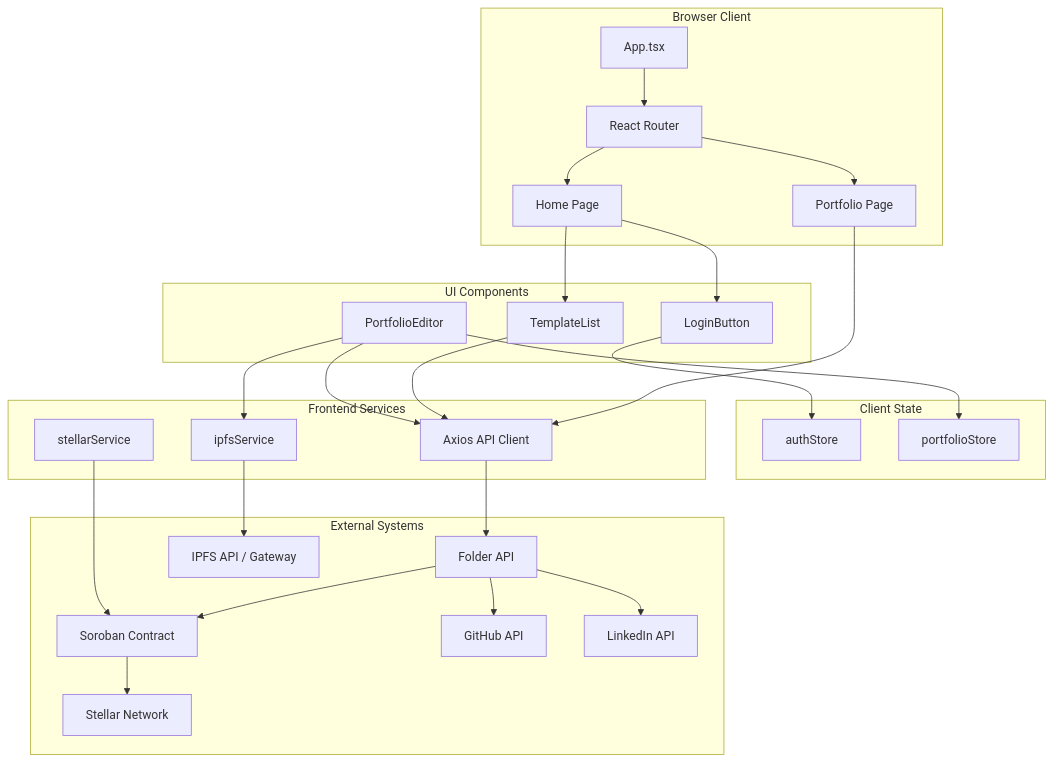
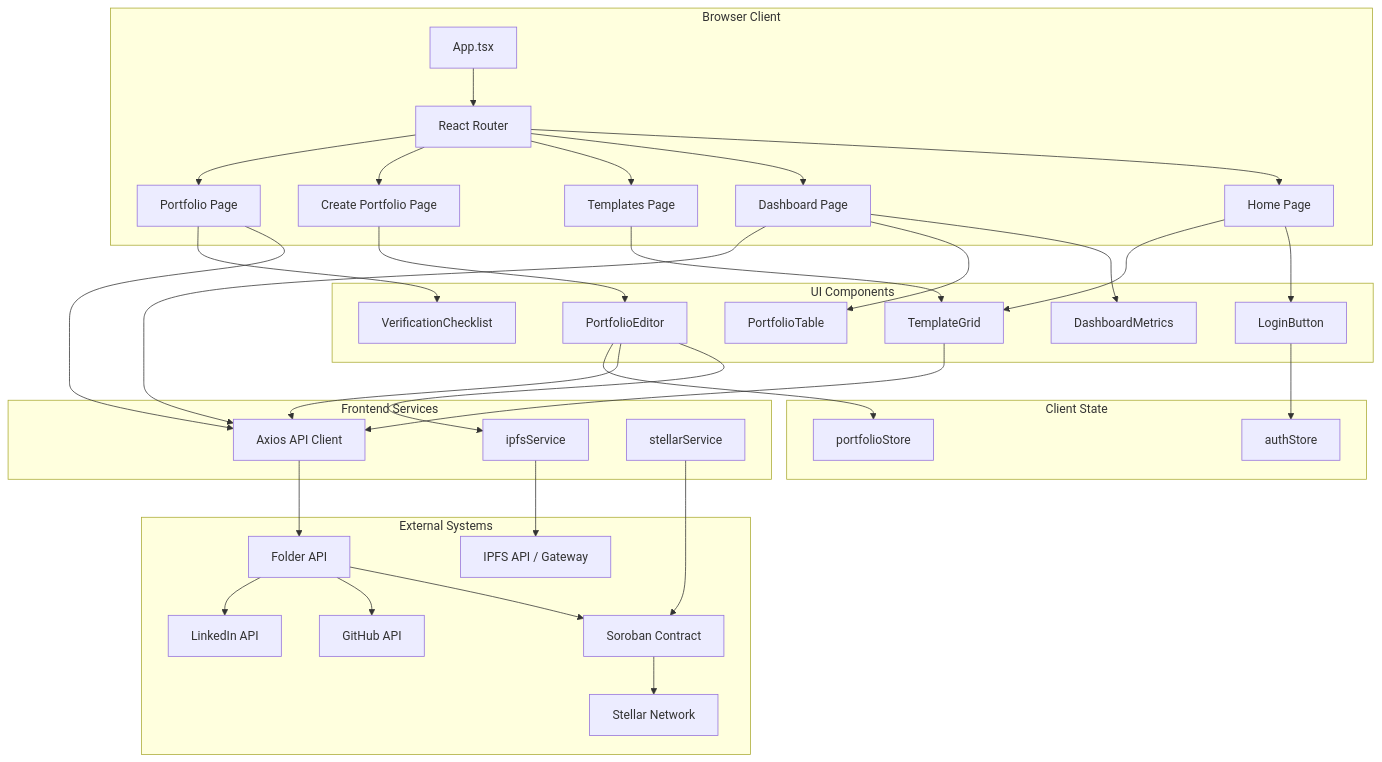
The first of 2 diagrams in README.md (D-Indexer/Indexer-Frontend), drawn with Mermaid before and after one commit. The commit also changed other lines of this file, not shown here.

````diff
--- a/README.md
+++ b/README.md
@@ -49,54 +74,69 @@
 ```mermaid
 graph TB
     subgraph Browser["Browser Client"]
         APP[App.tsx]
         ROUTER[React Router]
         HOME[Home Page]
+        DASHBOARD[Dashboard Page]
+        TEMPLATES_PAGE[Templates Page]
+        CREATE[Create Portfolio Page]
         PORTFOLIO[Portfolio Page]
     end
 
     subgraph UI["UI Components"]
         LOGIN[LoginButton]
-        TEMPLATES[TemplateList]
+        TEMPLATES[TemplateGrid]
+        DASH_METRICS[DashboardMetrics]
+        TABLE[PortfolioTable]
         EDITOR[PortfolioEditor]
+        CHECKLIST[VerificationChecklist]
     end
 
     subgraph State["Client State"]
         AUTH[authStore]
         PORT_STORE[portfolioStore]
     end
 
     subgraph Services["Frontend Services"]
         API[Axios API Client]
         IPFS[ipfsService]
         STELLAR[stellarService]
     end
 
     subgraph External["External Systems"]
         BACKEND[Folder API]
         IPFS_NODE[IPFS API / Gateway]
         CONTRACT[Soroban Contract]
         STELLAR_NET[Stellar Network]
         GITHUB[GitHub API]
         LINKEDIN[LinkedIn API]
     end
 
     APP --> ROUTER
     ROUTER --> HOME
+    ROUTER --> DASHBOARD
+    ROUTER --> TEMPLATES_PAGE
+    ROUTER --> CREATE
     ROUTER --> PORTFOLIO
     HOME --> LOGIN
     HOME --> TEMPLATES
+    DASHBOARD --> DASH_METRICS
+    DASHBOARD --> TABLE
+    DASHBOARD --> API
+    TEMPLATES_PAGE --> TEMPLATES
+    CREATE --> EDITOR
     EDITOR --> IPFS
     EDITOR --> API
     LOGIN --> AUTH
     TEMPLATES --> API
     PORTFOLIO --> API
+    PORTFOLIO --> CHECKLIST
     API --> BACKEND
     IPFS --> IPFS_NODE
     STELLAR --> CONTRACT
     CONTRACT --> STELLAR_NET
     BACKEND --> CONTRACT
     BACKEND --> GITHUB
     BACKEND --> LINKEDIN
     EDITOR --> PORT_STORE
 ```
````
